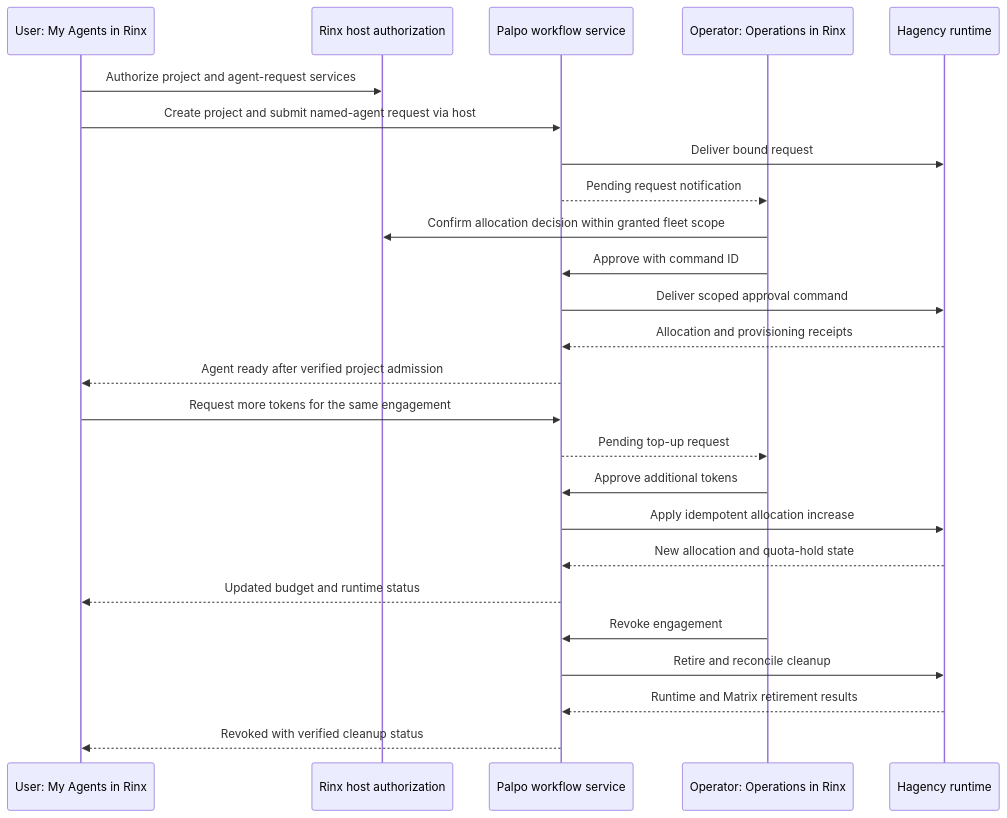
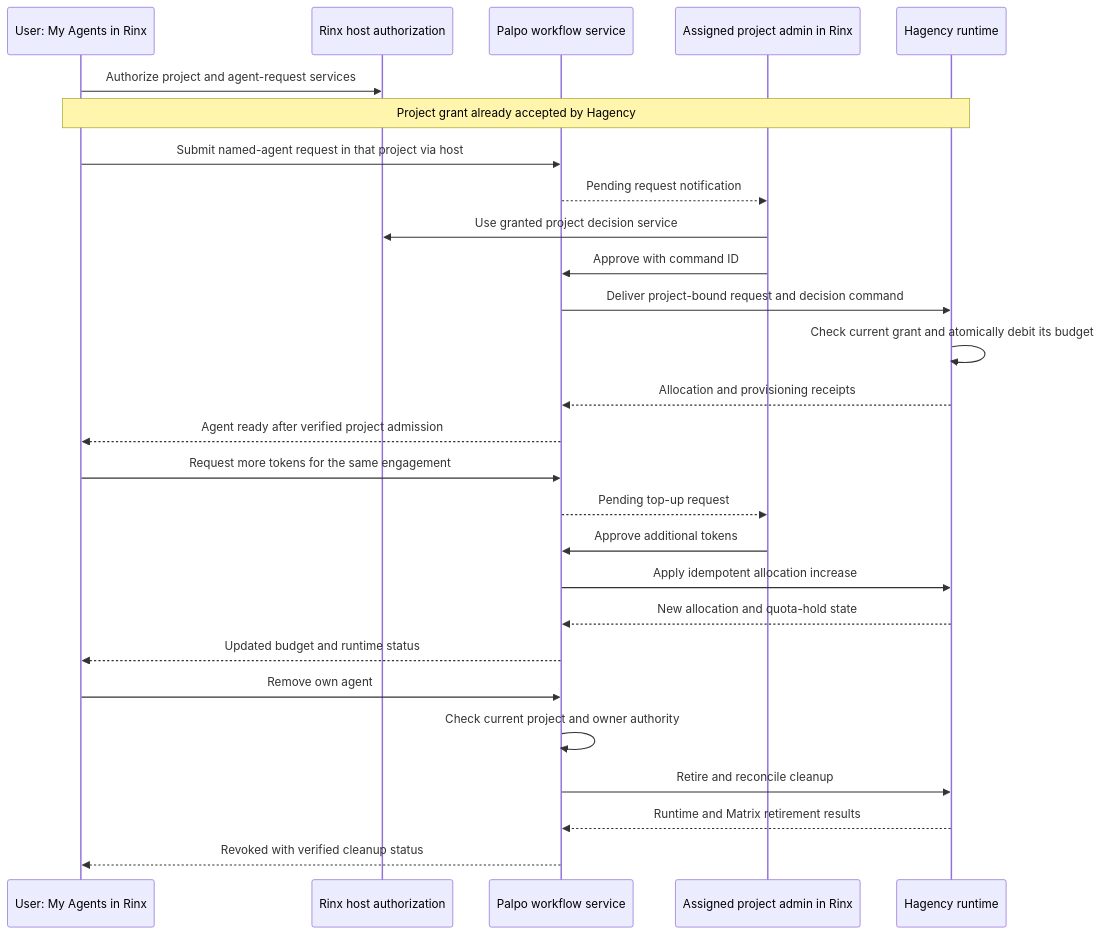
The diagram in docs/adr/0010-palpo-admin-miniapp.md (chrislearn/Rinx), drawn with Mermaid before and after one commit. The commit also changed other lines of this file and 1 other file, not shown here.

Commit message:
docs: align full Palpo workflow acceptance and record grant foundation

````diff
--- a/docs/adr/0010-palpo-admin-miniapp.md
+++ b/docs/adr/0010-palpo-admin-miniapp.md
@@ -395,27 +396,29 @@
 ```mermaid
 sequenceDiagram
     participant U as User: My Agents in Rinx
     participant R as Rinx host authorization
     participant P as Palpo workflow service
-    participant A as Operator: Operations in Rinx
+    participant A as Assigned project admin in Rinx
     participant H as Hagency runtime
     U->>R: Authorize project and agent-request services
-    U->>P: Create project and submit named-agent request via host
-    P->>H: Deliver bound request
+    Note over U,H: Project grant already accepted by Hagency
+    U->>P: Submit named-agent request in that project via host
     P-->>A: Pending request notification
-    A->>R: Confirm allocation decision within granted fleet scope
+    A->>R: Use granted project decision service
     A->>P: Approve with command ID
-    P->>H: Deliver scoped approval command
+    P->>H: Deliver project-bound request and decision command
+    H->>H: Check current grant and atomically debit its budget
     H-->>P: Allocation and provisioning receipts
     P-->>U: Agent ready after verified project admission
     U->>P: Request more tokens for the same engagement
     P-->>A: Pending top-up request
     A->>P: Approve additional tokens
     P->>H: Apply idempotent allocation increase
     H-->>P: New allocation and quota-hold state
     P-->>U: Updated budget and runtime status
-    A->>P: Revoke engagement
+    U->>P: Remove own agent
+    P->>P: Check current project and owner authority
     P->>H: Retire and reconcile cleanup
     H-->>P: Runtime and Matrix retirement results
     P-->>U: Revoked with verified cleanup status
 ```
````
